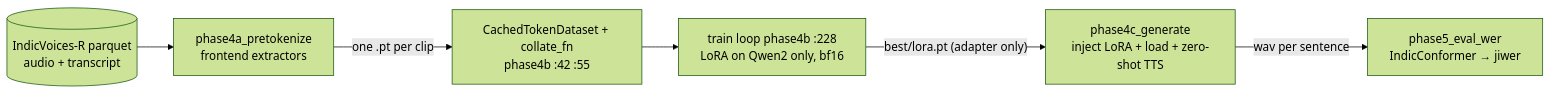
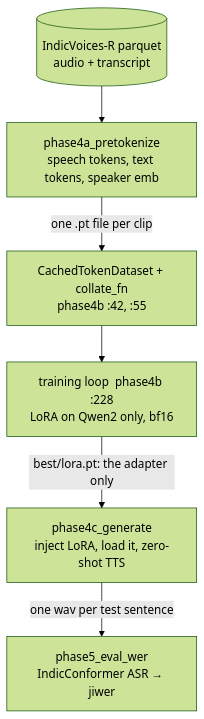
One commit to jayavardhan-g/projects-vault changed the first of 6 diagrams in Interview prep/Days/Day 08 - CosyVoice.md. Above: the diagram before and after it, drawn with Mermaid (forest theme). The commit also changed other lines of this file and 12 other files, not shown here.

First line of the commit message:
projects: Days 2-14 "Code, explained": full-width top-to-bottom diagrams, a figure per section, and a step-by-step flow per day

````diff
--- a/Interview prep/Days/Day 08 - CosyVoice.md
+++ b/Interview prep/Days/Day 08 - CosyVoice.md
@@ -131,8 +131,8 @@
 ```mermaid
-flowchart LR
-  PQ[("IndicVoices-R parquet<br/>audio + transcript")] --> PT["phase4a_pretokenize<br/>frontend extractors"]
-  PT -->|"one .pt per clip"| DS["CachedTokenDataset + collate_fn<br/>phase4b :42 :55"]
-  DS --> TR["train loop phase4b :228<br/>LoRA on Qwen2 only, bf16"]
-  TR -->|"best/lora.pt (adapter only)"| GEN["phase4c_generate<br/>inject LoRA + load + zero-shot TTS"]
-  GEN -->|"wav per sentence"| EV["phase5_eval_wer<br/>IndicConformer → jiwer"]
+flowchart TB
+  PQ[("IndicVoices-R parquet<br/>audio + transcript")] --> PT["phase4a_pretokenize<br/>speech tokens, text tokens, speaker emb"]
+  PT -->|"one .pt file per clip"| DS["CachedTokenDataset + collate_fn<br/>phase4b :42, :55"]
+  DS --> TR["training loop  phase4b :228<br/>LoRA on Qwen2 only, bf16"]
+  TR -->|"best/lora.pt: the adapter only"| GEN["phase4c_generate<br/>inject LoRA, load it, zero-shot TTS"]
+  GEN -->|"one wav per test sentence"| EV["phase5_eval_wer<br/>IndicConformer ASR → jiwer"]
 ```
````
